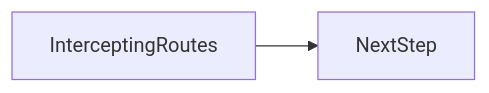
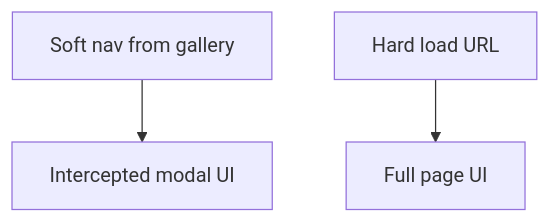
The second of 2 diagrams in docs/en/11-nextjs/intercepting-routes/index.md (OmidJavaherii/Frontend-Engineering-Handbook), drawn with Mermaid before and after one commit. The commit also changed other lines of this file and 461 other files, not shown here.

````diff
--- a/docs/en/11-nextjs/intercepting-routes/index.md
+++ b/docs/en/11-nextjs/intercepting-routes/index.md
@@ -95,4 +107,5 @@
 ```mermaid
-flowchart LR
-  concept[InterceptingRoutes] --> nextStep[NextStep]
+flowchart TD
+  Soft[Soft nav from gallery] --> Modal[Intercepted modal UI]
+  Hard[Hard load URL] --> Full[Full page UI]
 ```
````
